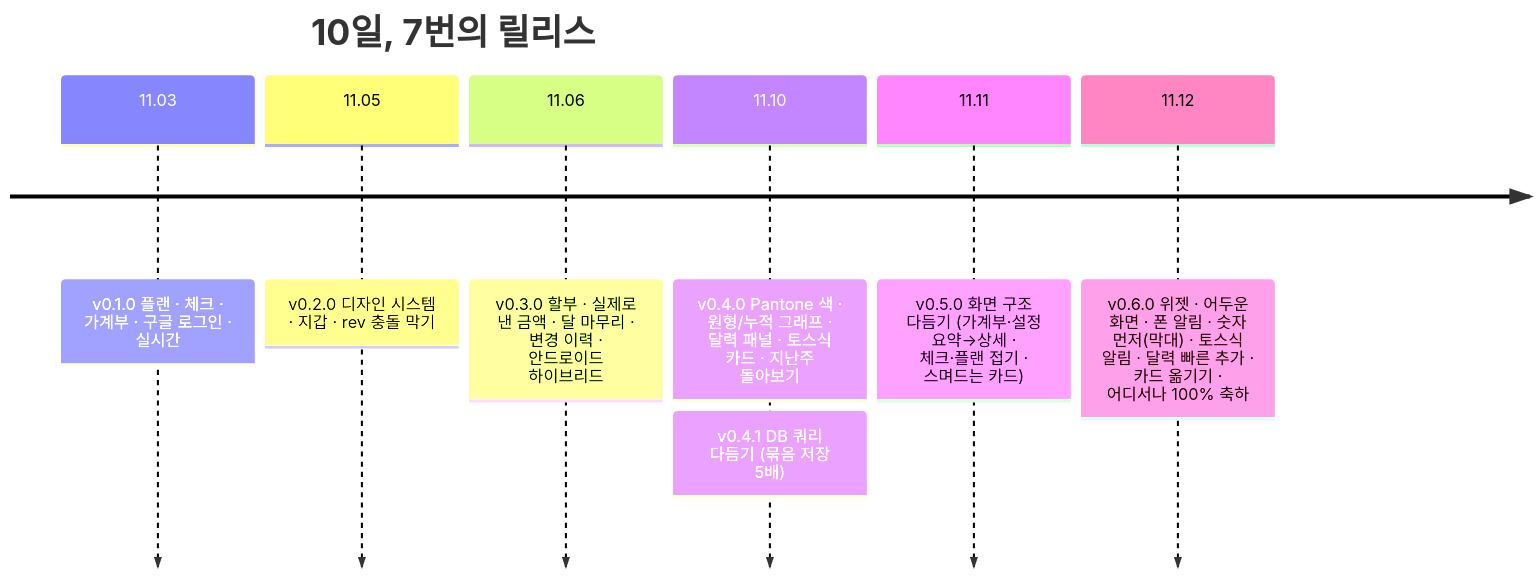
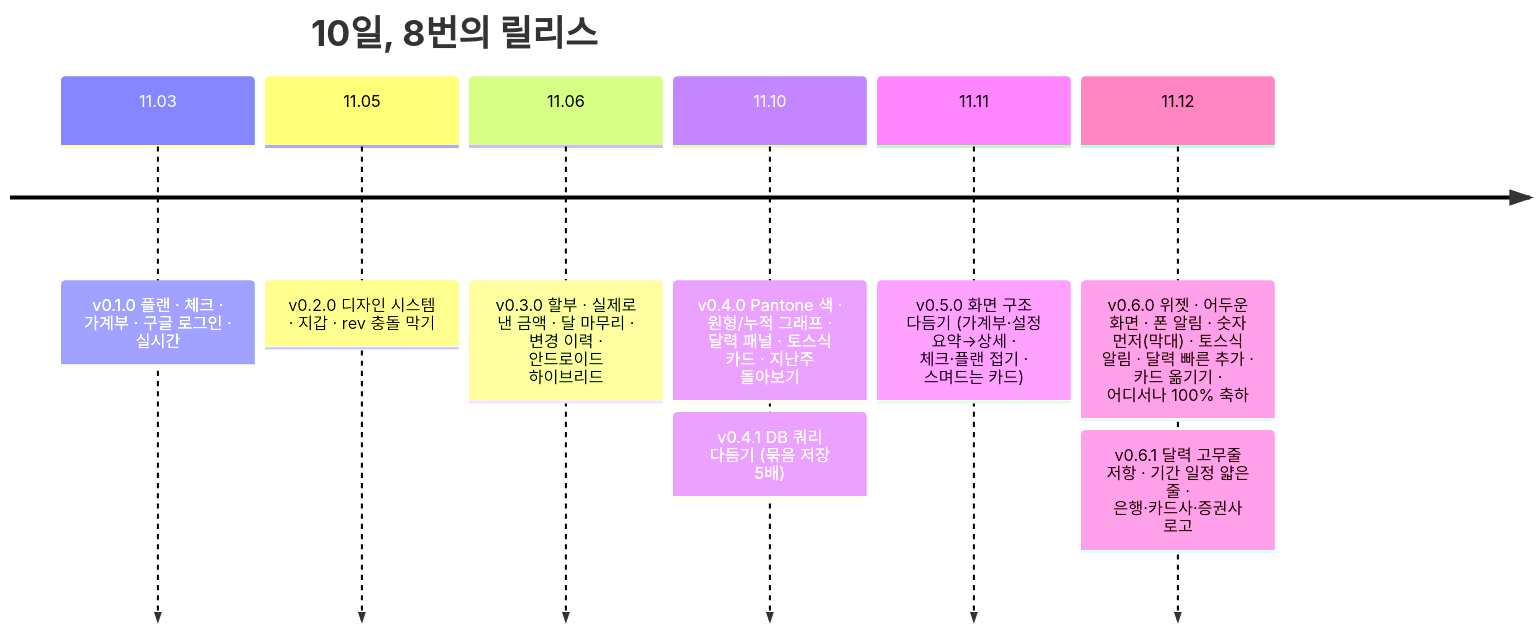
Before and after one commit to jojaden/our-money: the fifth of 5 diagrams in README.md, drawn with Mermaid. The commit also changed other lines of this file and 5 other files, not shown here.

````diff
--- a/README.md
+++ b/README.md
@@ -151,11 +151,12 @@
 ```mermaid
 timeline
-  title 10일, 7번의 릴리스
+  title 10일, 8번의 릴리스
   11.03 : v0.1.0 플랜 · 체크 · 가계부 · 구글 로그인 · 실시간
   11.05 : v0.2.0 디자인 시스템 · 지갑 · rev 충돌 막기
   11.06 : v0.3.0 할부 · 실제로 낸 금액 · 달 마무리 · 변경 이력 · 안드로이드 하이브리드
   11.10 : v0.4.0 Pantone 색 · 원형/누적 그래프 · 달력 패널 · 토스식 카드 · 지난주 돌아보기
         : v0.4.1 DB 쿼리 다듬기 (묶음 저장 5배)
   11.11 : v0.5.0 화면 구조 다듬기 (가계부·설정 요약→상세 · 체크·플랜 접기 · 스며드는 카드)
   11.12 : v0.6.0 위젯 · 어두운 화면 · 폰 알림 · 숫자 먼저(막대) · 토스식 알림 · 달력 빠른 추가 · 카드 옮기기 · 어디서나 100% 축하
+        : v0.6.1 달력 고무줄 저항 · 기간 일정 얇은 줄 · 은행·카드사·증권사 로고
 ```
````
